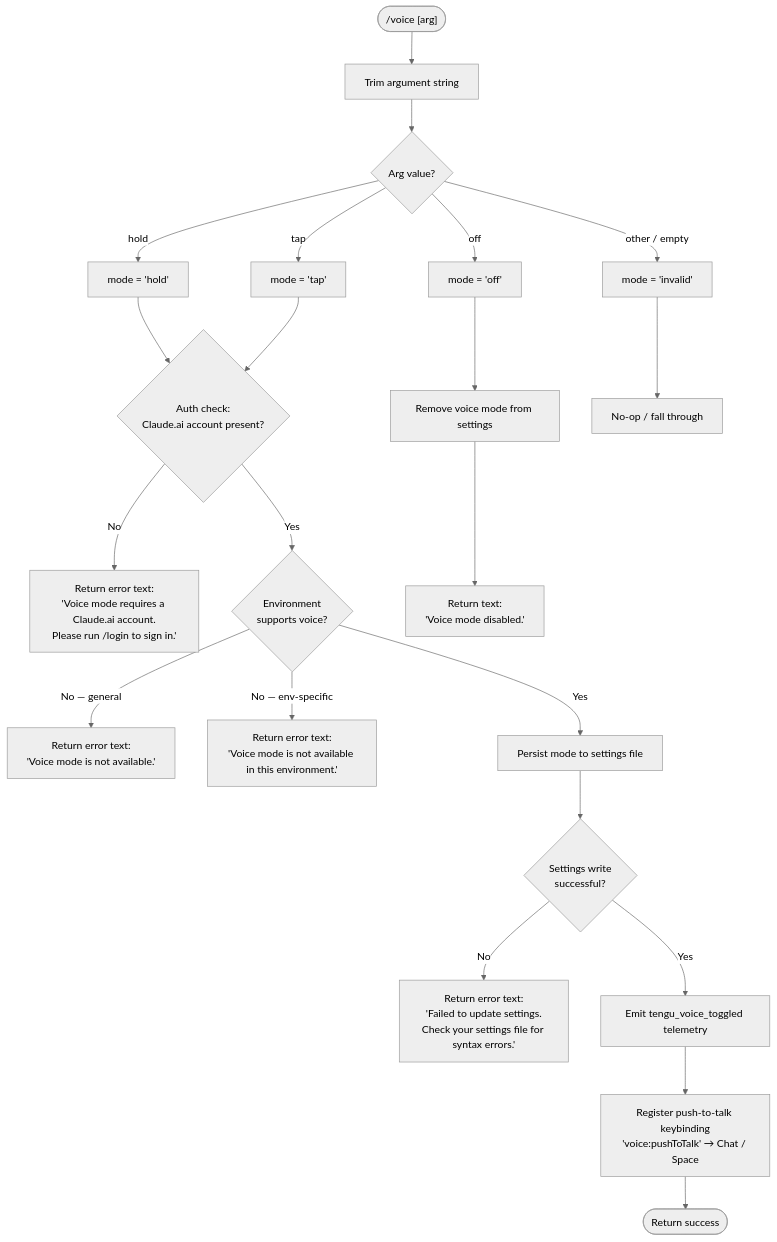
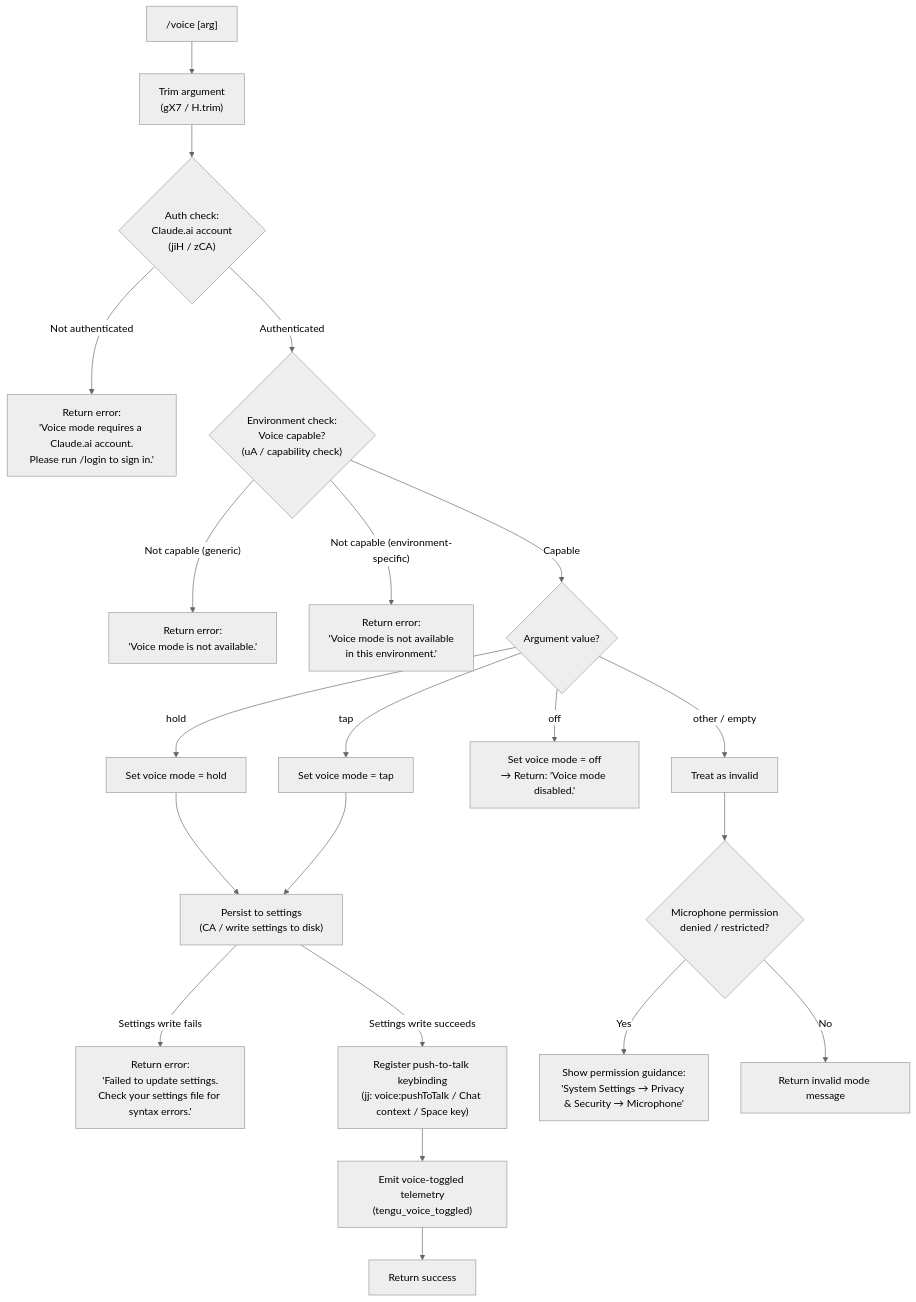
Before and after one commit to MyLittleLuckyDog/cc-gnothi: the diagram in versions/v2.1.132/voice.md, drawn with Mermaid (neutral theme). The commit also changed other lines of this file and 96 other files, not shown here.

````diff
--- a/versions/v2.1.132/voice.md
+++ b/versions/v2.1.132/voice.md
@@ -47,23 +56,23 @@
 ```mermaid
 flowchart TD
-    A(["/voice [arg]"]) --> B[Trim argument string]
-    B --> C{Arg value?}
-    C -->|"hold"| D[mode = 'hold']
-    C -->|"tap"| E[mode = 'tap']
-    C -->|"off"| F[mode = 'off']
-    C -->|other / empty| G[mode = 'invalid']
-    D & E --> H{Auth check:\nClaude.ai account present?}
-    H -->|No| I["Return error text:\n'Voice mode requires a Claude.ai account.\nPlease run /login to sign in.'"]
-    H -->|Yes| J{Environment\nsupports voice?}
-    J -->|No — general| K["Return error text:\n'Voice mode is not available.'"]
-    J -->|No — env-specific| L["Return error text:\n'Voice mode is not available in this environment.'"]
-    J -->|Yes| M[Persist mode to settings file]
-    M --> N{Settings write\nsuccessful?}
-    N -->|No| O["Return error text:\n'Failed to update settings.\nCheck your settings file for syntax errors.'"]
-    N -->|Yes| P[Emit tengu_voice_toggled telemetry]
-    P --> Q[Register push-to-talk keybinding\n'voice:pushToTalk' → Chat / Space]
-    Q --> R([Return success])
-    F --> S[Remove voice mode from settings]
-    S --> T["Return text:\n'Voice mode disabled.'"]
-    G --> U[No-op / fall through]
+    A["/voice [arg]"] --> B["Trim argument\n(gX7 / H.trim)"]
+    B --> C{"Auth check:\nClaude.ai account\n(jiH / zCA)"}
+    C -- "Not authenticated" --> D["Return error:\n'Voice mode requires a Claude.ai account.\nPlease run /login to sign in.'"]
+    C -- "Authenticated" --> E{"Environment check:\nVoice capable?\n(uA / capability check)"}
+    E -- "Not capable (generic)" --> F["Return error:\n'Voice mode is not available.'"]
+    E -- "Not capable (environment-specific)" --> G["Return error:\n'Voice mode is not available\nin this environment.'"]
+    E -- "Capable" --> H{"Argument value?"}
+    H -- "hold" --> I["Set voice mode = hold"]
+    H -- "tap" --> J["Set voice mode = tap"]
+    H -- "off" --> K["Set voice mode = off\n→ Return: 'Voice mode disabled.'"]
+    H -- "other / empty" --> L["Treat as invalid"]
+    I --> M["Persist to settings\n(CA / write settings to disk)"]
+    J --> M
+    M -- "Settings write fails" --> N["Return error:\n'Failed to update settings.\nCheck your settings file for syntax errors.'"]
+    M -- "Settings write succeeds" --> O["Register push-to-talk keybinding\n(jj: voice:pushToTalk / Chat context / Space key)"]
+    O --> P["Emit voice-toggled telemetry\n(tengu_voice_toggled)"]
+    P --> Q["Return success"]
+    L --> R{"Microphone permission\ndenied / restricted?"}
+    R -- "Yes" --> S["Show permission guidance:\n'System Settings → Privacy & Security → Microphone'"]
+    R -- "No" --> T["Return invalid mode message"]
 ```
````
